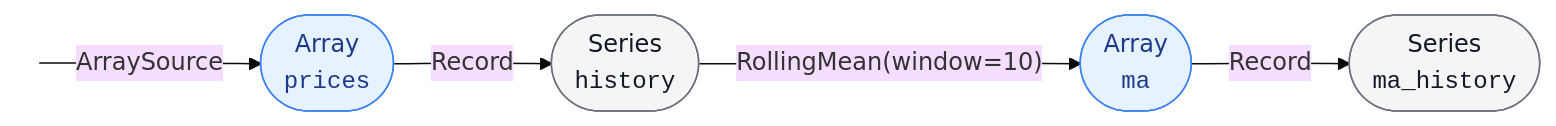
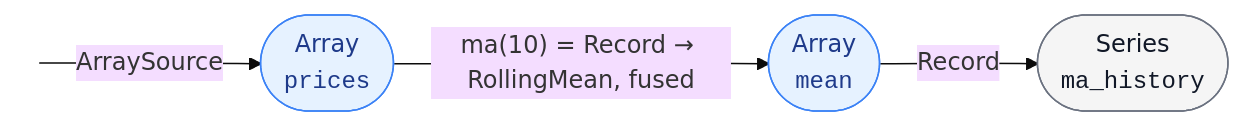
The diagram in README.md (bridgekat/tradingflow), drawn with Mermaid (base theme) before and after one commit. The commit also changed other lines of this file and 49 other files, not shown here.

````diff
--- a/README.md
+++ b/README.md
@@ -60,15 +61,13 @@
 ```mermaid
 flowchart LR
     start(( )):::hidden
     prices(["Array<br/><code>prices</code>"]):::array
-    history(["Series<br/><code>history</code>"]):::series
-    ma(["Array<br/><code>ma</code>"]):::array
+    mean(["Array<br/><code>mean</code>"]):::array
     ma_history(["Series<br/><code>ma_history</code>"]):::series
     start -- ArraySource --> prices
-    prices -- Record --> history
-    history -- "RollingMean(window=10)" --> ma
-    ma -- Record --> ma_history
+    prices -- "ma(10) = Record → RollingMean, fused" --> mean
+    mean -- Record --> ma_history
     classDef hidden fill:#fff,stroke:#fff,color:#fff
     classDef array fill:#e6f2ff,stroke:#3b82f6,color:#1e3a8a
     classDef series fill:#f5f5f5,stroke:#6b7280,color:#111827
 ```
````
